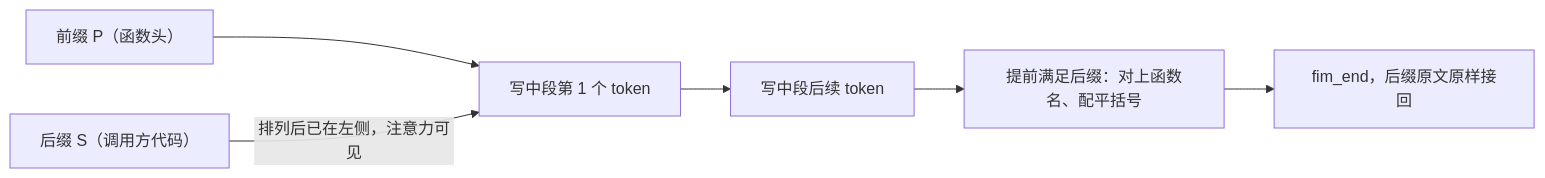
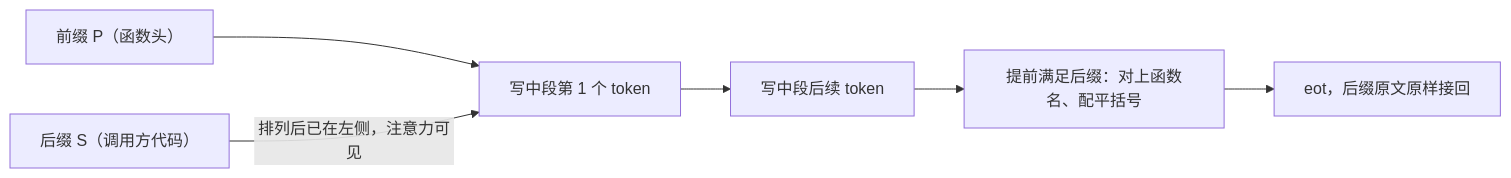
Before and after one commit to xhongduo-tech/xhongduo-tech.github.io: the second of 2 diagrams in docs/llm/fim-decode.md, drawn with Mermaid. The commit also changed other lines of this file and 4 other files, not shown here.

````diff
--- a/docs/llm/fim-decode.md
+++ b/docs/llm/fim-decode.md
@@ -69,8 +69,8 @@
 ```mermaid
 flowchart LR
   P["前缀 P（函数头）"] --> W1["写中段第 1 个 token"]
   S["后缀 S（调用方代码）"] -->|"排列后已在左侧，注意力可见"| W1
   W1 --> W2["写中段后续 token"]
   W2 --> PRE["提前满足后缀：对上函数名、配平括号"]
-  PRE --> E["fim_end，后缀原文原样接回"]
+  PRE --> E["eot，后缀原文原样接回"]
 ```
````
